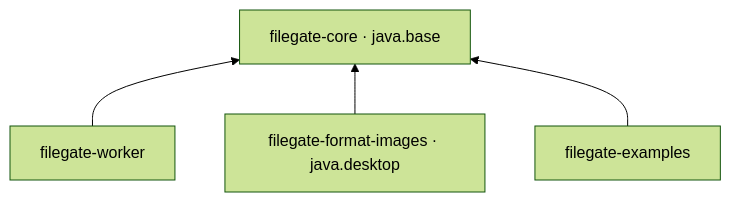
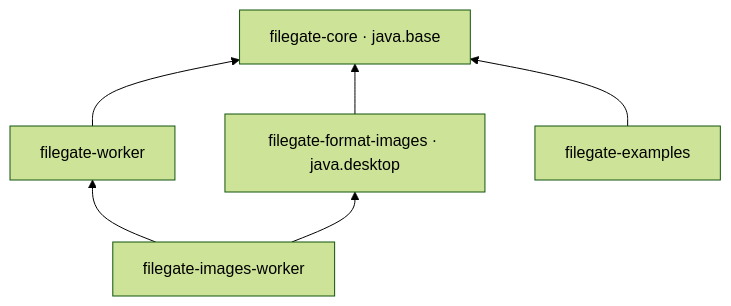
The diagram in docs/architecture.md (alby-raju/filegate), drawn with Mermaid (forest theme) before and after one commit. The commit also changed other lines of this file and 8 other files, not shown here.

````diff
--- a/docs/architecture.md
+++ b/docs/architecture.md
@@ -10,6 +10,8 @@
 ```mermaid
 flowchart BT
     Worker["filegate-worker"] --> Core["filegate-core · java.base"]
     Images["filegate-format-images · java.desktop"] --> Core
+    ImageWorker["filegate-images-worker"] --> Worker
+    ImageWorker --> Images
     Examples["filegate-examples"] --> Core
 ```
````
